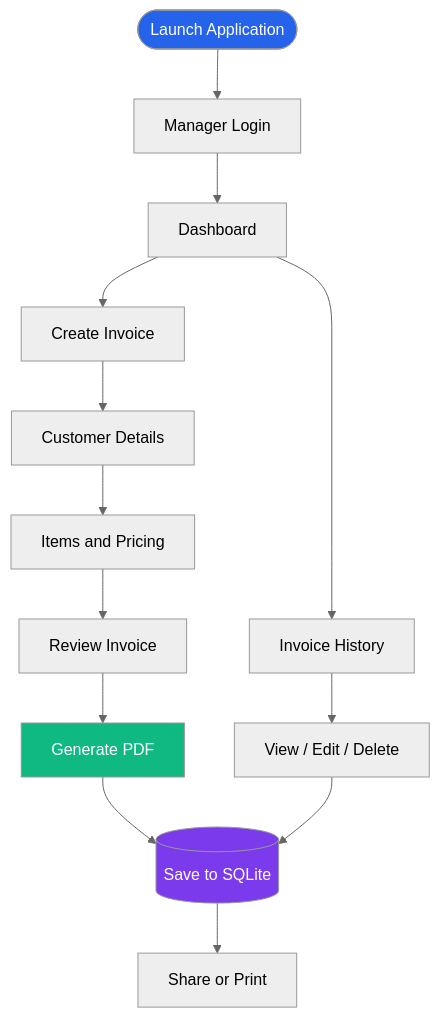
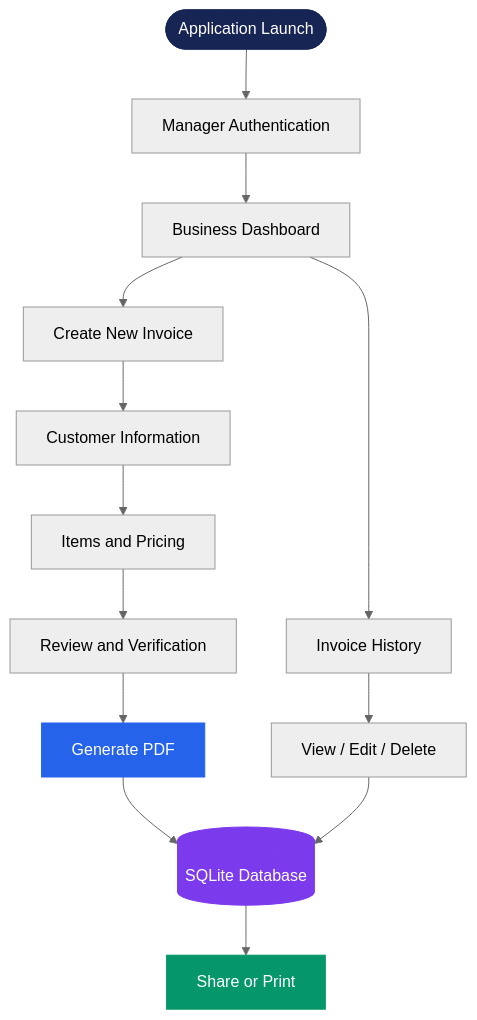
Before and after one commit to Hemang2601/Bill: the diagram in README.md, drawn with Mermaid (neutral theme). The commit also changed other lines of this file, not shown here.

````diff
--- a/README.md
+++ b/README.md
@@ -120,19 +131,20 @@
 ```mermaid
 flowchart TD
-    A([Launch Application]) --> B[Manager Login]
-    B --> C[Dashboard]
-    C --> D[Create Invoice]
-    D --> E[Customer Details]
+    A([Application Launch]) --> B[Manager Authentication]
+    B --> C[Business Dashboard]
+    C --> D[Create New Invoice]
+    D --> E[Customer Information]
     E --> F[Items and Pricing]
-    F --> G[Review Invoice]
+    F --> G[Review and Verification]
     G --> H[Generate PDF]
-    H --> I[(Save to SQLite)]
+    H --> I[(SQLite Database)]
     I --> J[Share or Print]
     C --> K[Invoice History]
     K --> L[View / Edit / Delete]
     L --> I
 
-    style A fill:#2563EB,color:#fff
-    style H fill:#10B981,color:#fff
-    style I fill:#7C3AED,color:#fff
+    style A fill:#172554,color:#fff,stroke:#172554
+    style H fill:#2563EB,color:#fff,stroke:#2563EB
+    style I fill:#7C3AED,color:#fff,stroke:#7C3AED
+    style J fill:#059669,color:#fff,stroke:#059669
 ```
````
